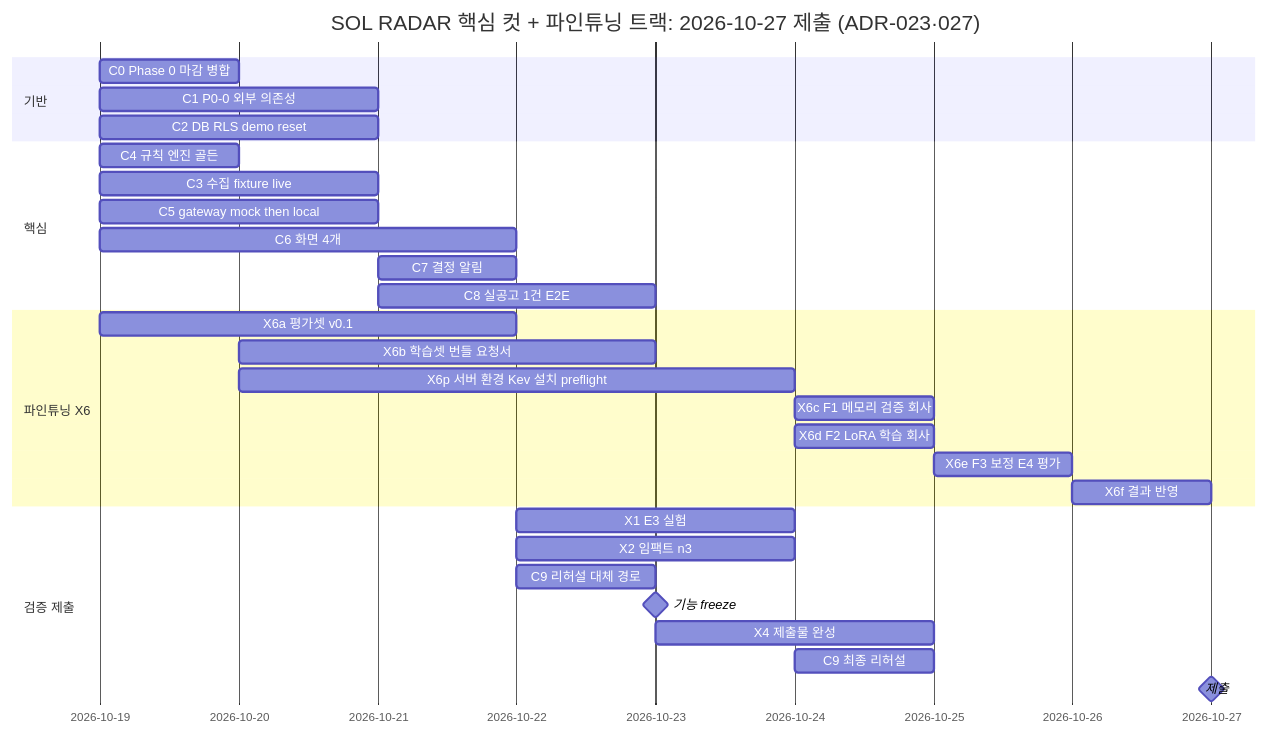
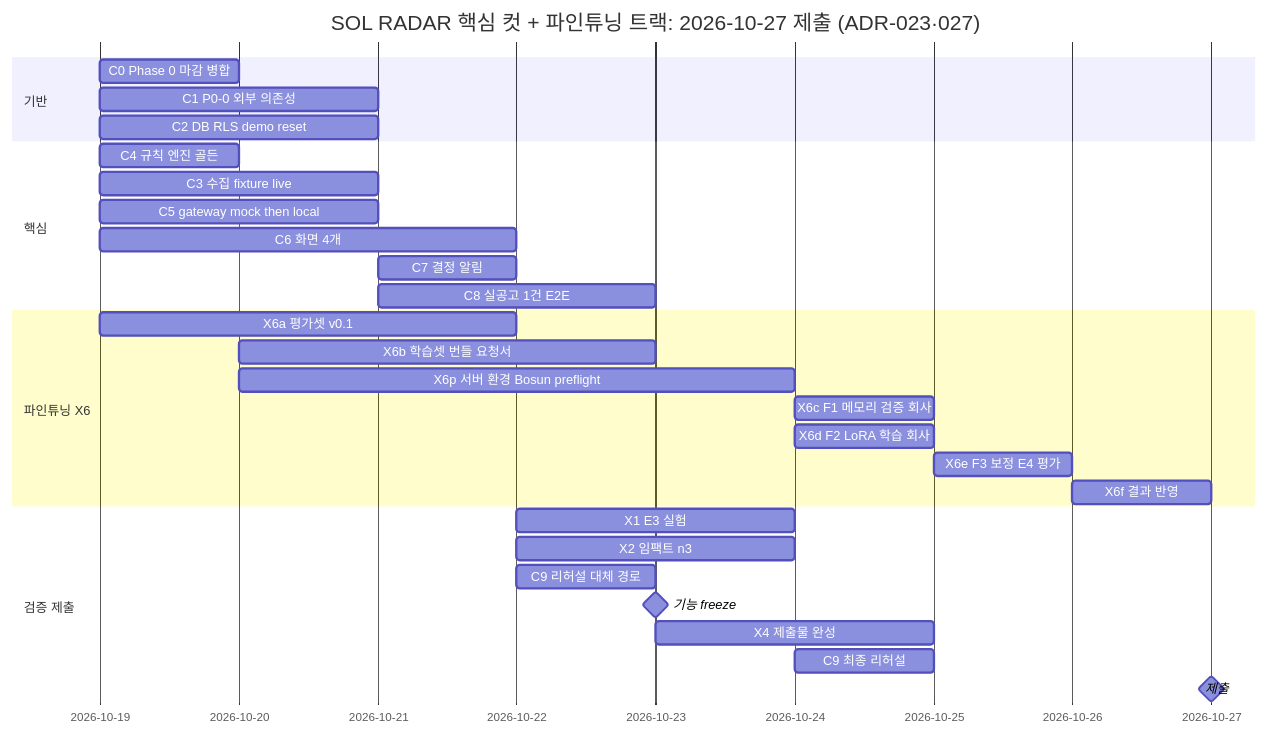
Before and after one commit to solideoai/sol-radar: the diagram in docs/12-ROADMAP.md, drawn with Mermaid. The commit also changed other lines of this file and 38 other files, not shown here.

````diff
--- a/docs/12-ROADMAP.md
+++ b/docs/12-ROADMAP.md
@@ -121,32 +121,32 @@
 ```mermaid
 gantt
  title SOL RADAR 핵심 컷 + 파인튜닝 트랙: 2026-10-27 제출 (ADR-023·027)
  dateFormat YYYY-MM-DD
  section 기반
  C0 Phase 0 마감 병합 :c0, 2026-10-19, 1d
  C1 P0-0 외부 의존성 :c1, 2026-10-19, 2d
  C2 DB RLS demo reset :c2, 2026-10-19, 2d
  section 핵심
  C4 규칙 엔진 골든 :c4, 2026-10-19, 1d
  C3 수집 fixture live :c3, 2026-10-19, 2d
  C5 gateway mock then local :c5, 2026-10-19, 2d
  C6 화면 4개 :c6, 2026-10-19, 3d
  C7 결정 알림 :c7, 2026-10-21, 1d
  C8 실공고 1건 E2E :c8, 2026-10-21, 2d
  section 파인튜닝 X6
  X6a 평가셋 v0.1 :x6a, 2026-10-19, 3d
  X6b 학습셋 번들 요청서 :x6b, 2026-10-20, 3d
- X6p 서버 환경 Kev 설치 preflight :x6p, 2026-10-20, 4d
+ X6p 서버 환경 Bosun preflight :x6p, 2026-10-20, 4d
  X6c F1 메모리 검증 회사 :x6c, 2026-10-24, 1d
  X6d F2 LoRA 학습 회사 :x6d, 2026-10-24, 1d
  X6e F3 보정 E4 평가 :x6e, 2026-10-25, 1d
  X6f 결과 반영 :x6f, 2026-10-26, 1d
  section 검증 제출
  X1 E3 실험 :x1, 2026-10-22, 2d
  X2 임팩트 n3 :x2, 2026-10-22, 2d
  C9 리허설 대체 경로 :c9, 2026-10-22, 1d
  기능 freeze :milestone, mf, 2026-10-23, 0d
  X4 제출물 완성 :x4, 2026-10-23, 2d
  C9 최종 리허설 :c9b, 2026-10-24, 1d
  제출 :milestone, ms, 2026-10-27, 0d
 ```
````
